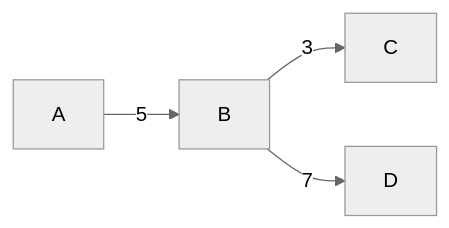
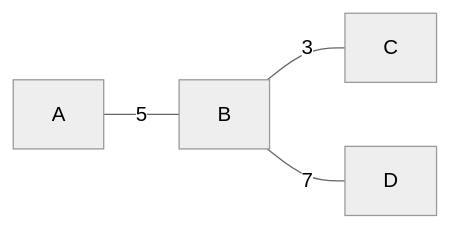
The fifth of 11 diagrams in Graph/README.md (Afzal14786/DSA-Prep), drawn with Mermaid (neutral theme) before and after one commit. The commit also changed other lines of this file, not shown here.

Commit message:
update graph readme.md file

````diff
--- a/Graph/README.md
+++ b/Graph/README.md
@@ -74,5 +68,6 @@
 ```mermaid
 graph LR
-    A --5--> B --3--> C
-    B --7--> D
+    A --5--- B
+    B --3--- C
+    B --7--- D
 ```
````
